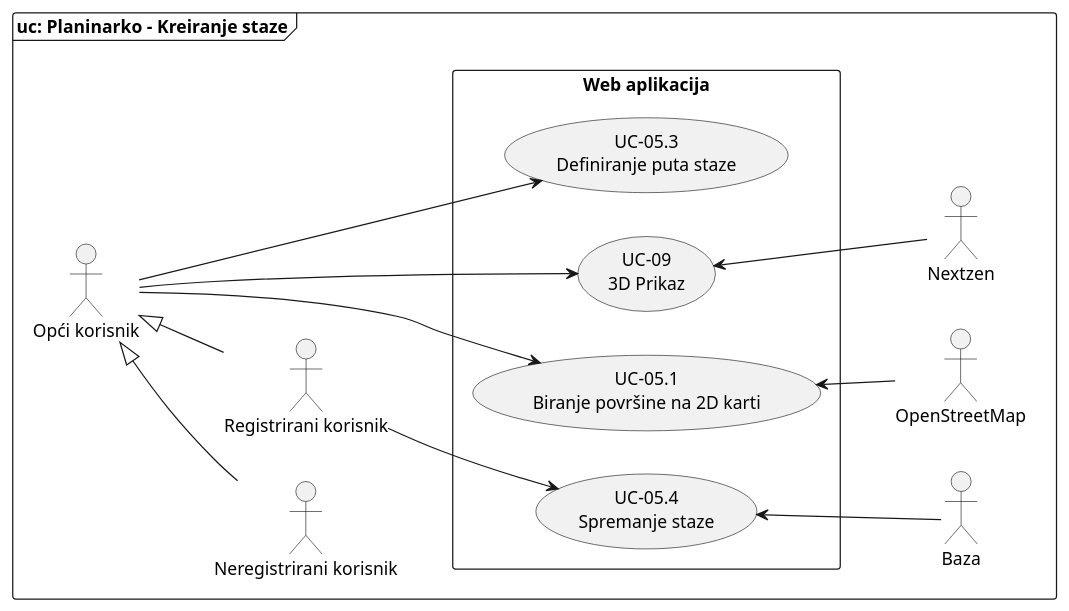
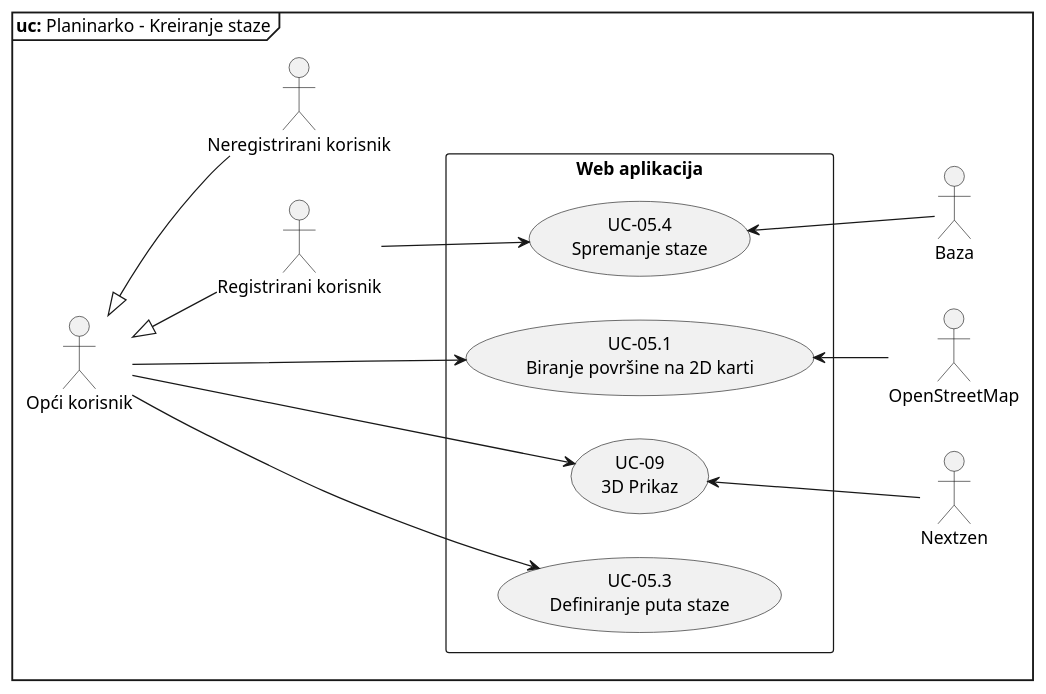
Before and after one commit to Vito510/progi-projekt: the diagram in docs/diagrams/do2.wsd, drawn with PlantUML. The commit also changed 11 other files, not shown here.

Commit message:
frame zamijenjen s mainframe

```diff
--- a/docs/diagrams/do2.wsd
+++ b/docs/diagrams/do2.wsd
@@ -1,36 +1,35 @@
 @startuml kreiranjeStazeDijagram
 left to right direction
 
-frame "uc: Planinarko - Kreiranje staze" {
-  skinparam packageStyle rectangle
-  actor "Opći korisnik" as A2
-  actor "Neregistrirani korisnik" as A1
-  actor "Registrirani korisnik" as A5
-  rectangle "Web aplikacija" {
-    usecase "UC-05.1\nBiranje površine na 2D karti" as UC05.1
-    usecase "UC-09\n3D Prikaz" as UC09
-    usecase "UC-05.3\nDefiniranje puta staze" as UC05.3
-    usecase "UC-05.4\nSpremanje staze" as UC05.4
-  }
-  together{
-    actor "Baza" as AB
-    actor "Nextzen" as AN
-    actor "OpenStreetMap" as AM
-  }
+mainframe **uc:** Planinarko - Kreiranje staze
+
+actor "Opći korisnik" as A2
+actor "Neregistrirani korisnik" as A1
+actor "Registrirani korisnik" as A5
+rectangle "Web aplikacija" {
+  usecase "UC-05.1\nBiranje površine na 2D karti" as UC05.1
+  usecase "UC-09\n3D Prikaz" as UC09
+  usecase "UC-05.3\nDefiniranje puta staze" as UC05.3
+  usecase "UC-05.4\nSpremanje staze" as UC05.4
+}
+together{
+  actor "Baza" as AB
+  actor "Nextzen" as AN
+  actor "OpenStreetMap" as AM
+}
 
 
-  A2 <|-- A1
-  A2 <|-- A5
+A2 <|-- A1
+A2 <|-- A5
 
-  A2 --> UC05.1
-  A2 --> UC09
-  A2 --> UC05.3
-  A5 --> UC05.4
+A2 --> UC05.1
+A2 --> UC09
+A2 --> UC05.3
+A5 --> UC05.4
 
-  UC05.4 <-- AB
+UC05.4 <-- AB
 
-  UC09 <-- AN
-  UC05.1 <-- AM
-}
+UC09 <-- AN
+UC05.1 <-- AM
 
 @enduml
```
